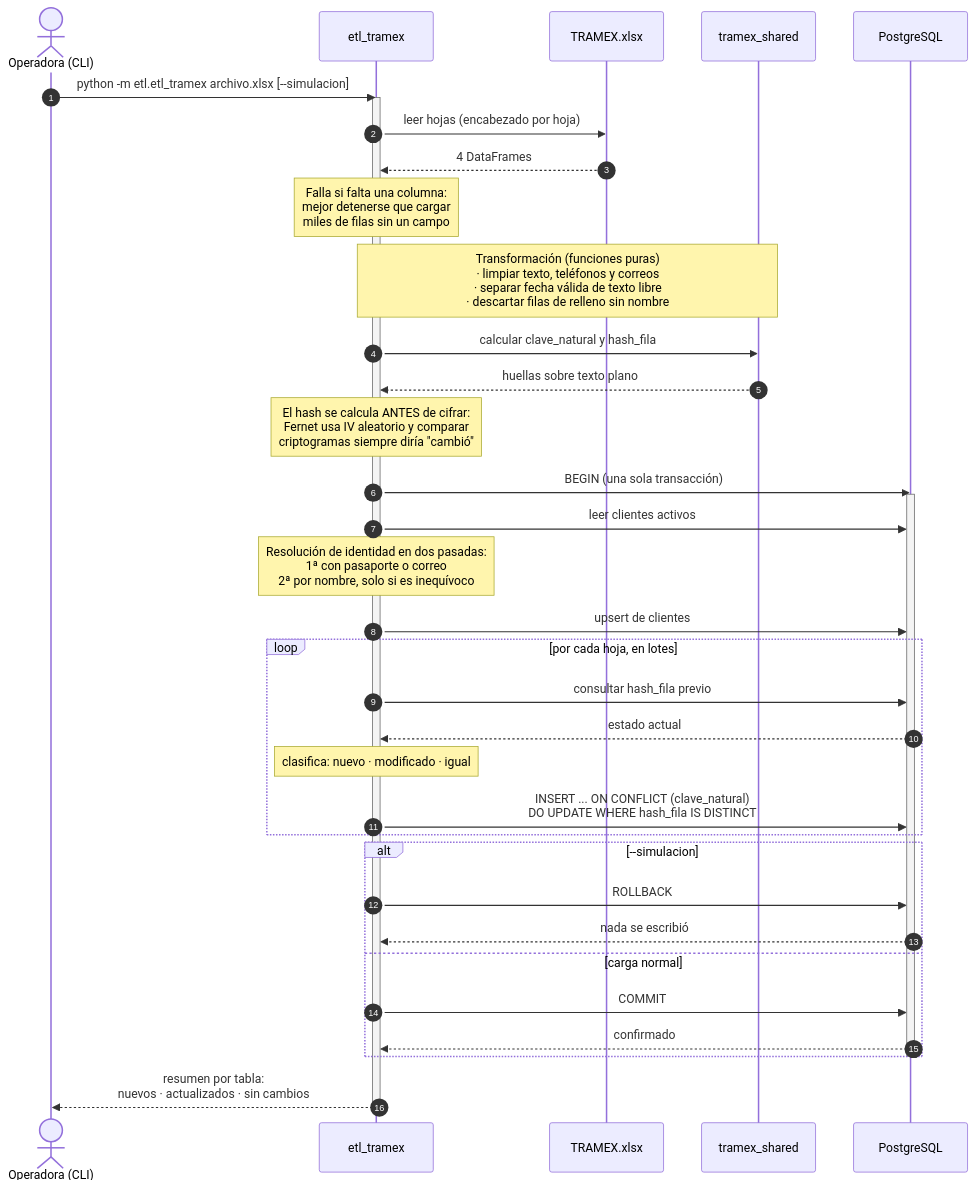
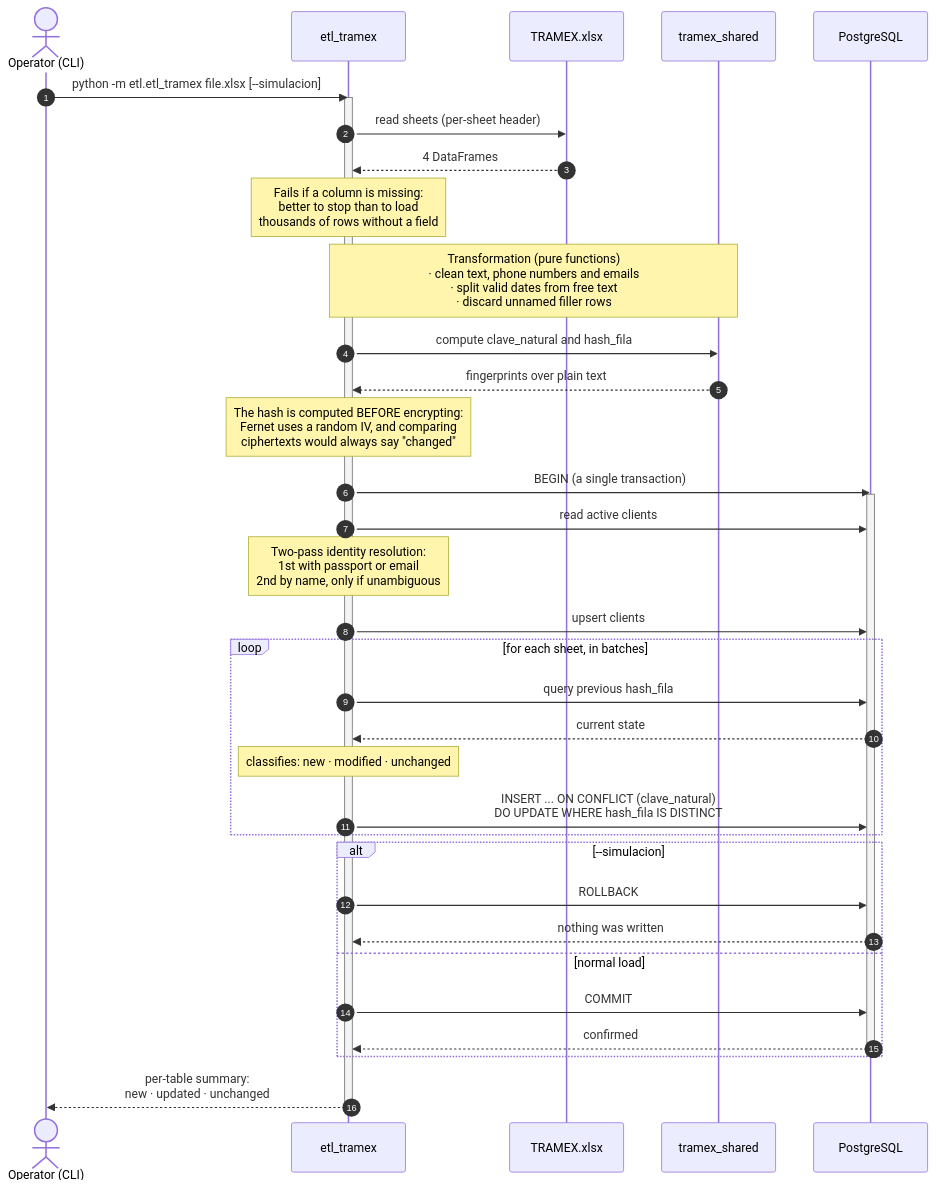
Before and after one commit to alexander-tinoco/tramex-etl: the fourth of 4 diagrams in README.md, drawn with Mermaid. The commit also changed other lines of this file and 10 other files, not shown here.

````diff
--- a/README.md
+++ b/README.md
@@ -395,47 +396,47 @@
 ```mermaid
 sequenceDiagram
     autonumber
-    actor Op as Operadora (CLI)
+    actor Op as Operator (CLI)
     participant ETL as etl_tramex
     participant XLS as TRAMEX.xlsx
     participant SH as tramex_shared
     participant DB as PostgreSQL
 
-    Op->>ETL: python -m etl.etl_tramex archivo.xlsx [--simulacion]
+    Op->>ETL: python -m etl.etl_tramex file.xlsx [--simulacion]
     activate ETL
 
-    ETL->>XLS: leer hojas (encabezado por hoja)
+    ETL->>XLS: read sheets (per-sheet header)
     XLS-->>ETL: 4 DataFrames
-    Note over ETL: Falla si falta una columna:<br/>mejor detenerse que cargar<br/>miles de filas sin un campo
+    Note over ETL: Fails if a column is missing:<br/>better to stop than to load<br/>thousands of rows without a field
 
-    Note over ETL,SH: Transformación (funciones puras)<br/>· limpiar texto, teléfonos y correos<br/>· separar fecha válida de texto libre<br/>· descartar filas de relleno sin nombre
-    ETL->>SH: calcular clave_natural y hash_fila
-    SH-->>ETL: huellas sobre texto plano
-    Note over ETL: El hash se calcula ANTES de cifrar:<br/>Fernet usa IV aleatorio y comparar<br/>criptogramas siempre diría "cambió"
+    Note over ETL,SH: Transformation (pure functions)<br/>· clean text, phone numbers and emails<br/>· split valid dates from free text<br/>· discard unnamed filler rows
+    ETL->>SH: compute clave_natural and hash_fila
+    SH-->>ETL: fingerprints over plain text
+    Note over ETL: The hash is computed BEFORE encrypting:<br/>Fernet uses a random IV, and comparing<br/>ciphertexts would always say "changed"
 
-    ETL->>DB: BEGIN (una sola transacción)
+    ETL->>DB: BEGIN (a single transaction)
     activate DB
 
-    ETL->>DB: leer clientes activos
-    Note over ETL: Resolución de identidad en dos pasadas:<br/>1ª con pasaporte o correo<br/>2ª por nombre, solo si es inequívoco
-    ETL->>DB: upsert de clientes
+    ETL->>DB: read active clients
+    Note over ETL: Two-pass identity resolution:<br/>1st with passport or email<br/>2nd by name, only if unambiguous
+    ETL->>DB: upsert clients
 
-    loop por cada hoja, en lotes
-        ETL->>DB: consultar hash_fila previo
-        DB-->>ETL: estado actual
-        Note over ETL: clasifica: nuevo · modificado · igual
+    loop for each sheet, in batches
+        ETL->>DB: query previous hash_fila
+        DB-->>ETL: current state
+        Note over ETL: classifies: new · modified · unchanged
         ETL->>DB: INSERT ... ON CONFLICT (clave_natural)<br/>DO UPDATE WHERE hash_fila IS DISTINCT
     end
 
     alt --simulacion
         ETL->>DB: ROLLBACK
-        DB-->>ETL: nada se escribió
-    else carga normal
+        DB-->>ETL: nothing was written
+    else normal load
         ETL->>DB: COMMIT
-        DB-->>ETL: confirmado
+        DB-->>ETL: confirmed
     end
     deactivate DB
 
-    ETL-->>Op: resumen por tabla:<br/>nuevos · actualizados · sin cambios
+    ETL-->>Op: per-table summary:<br/>new · updated · unchanged
     deactivate ETL
 ```
````
